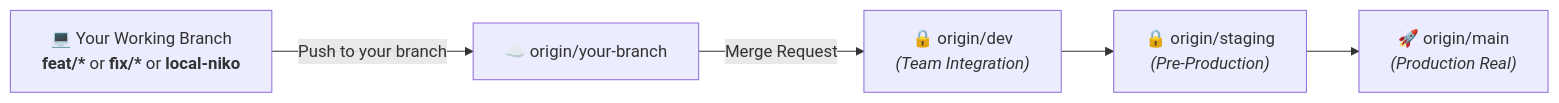
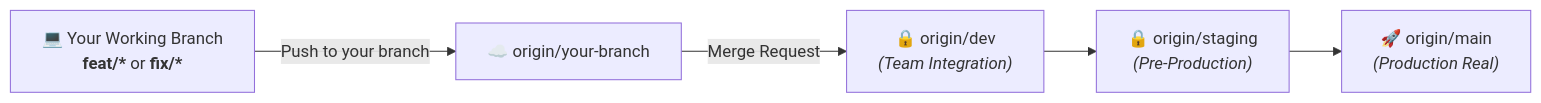
One commit to marioscience/tommy-h changed the first of 2 diagrams in README.md. Above: the diagram before and after it, drawn with Mermaid. The commit also changed other lines of this file and 3 other files, not shown here.

````diff
--- a/README.md
+++ b/README.md
@@ -118,7 +119,7 @@
 ```mermaid
 flowchart LR
-    DevBranch["💻 Your Working Branch<br/><b>feat/*</b> or <b>fix/*</b> or <b>local-niko</b>"] -->|Push to your branch| RemoteBranch["☁️ origin/your-branch"]
+    DevBranch["💻 Your Working Branch<br/><b>feat/*</b> or <b>fix/*</b>"] -->|Push to your branch| RemoteBranch["☁️ origin/your-branch"]
     RemoteBranch -->|Merge Request| Dev["🔒 origin/dev<br/><i>(Team Integration)</i>"]
     Dev --> Staging["🔒 origin/staging<br/><i>(Pre-Production)</i>"]
     Staging --> Main["🚀 origin/main<br/><i>(Production Real)</i>"]
 ```
````
